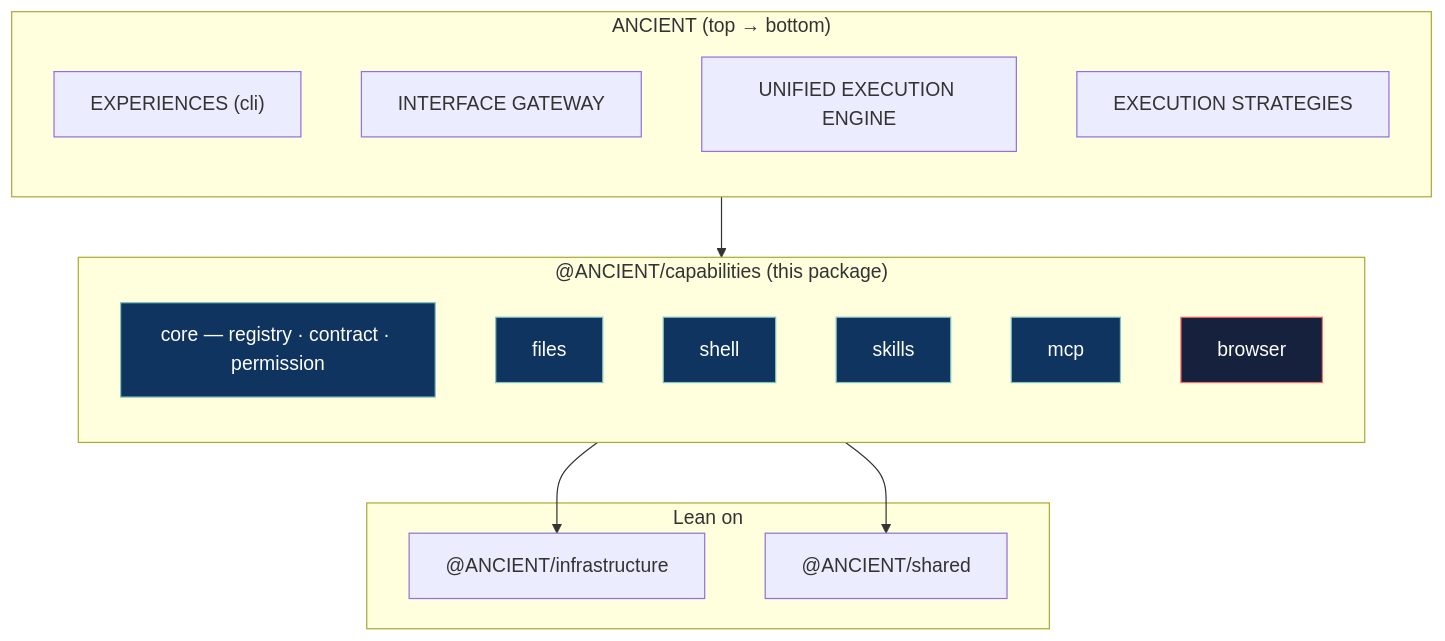
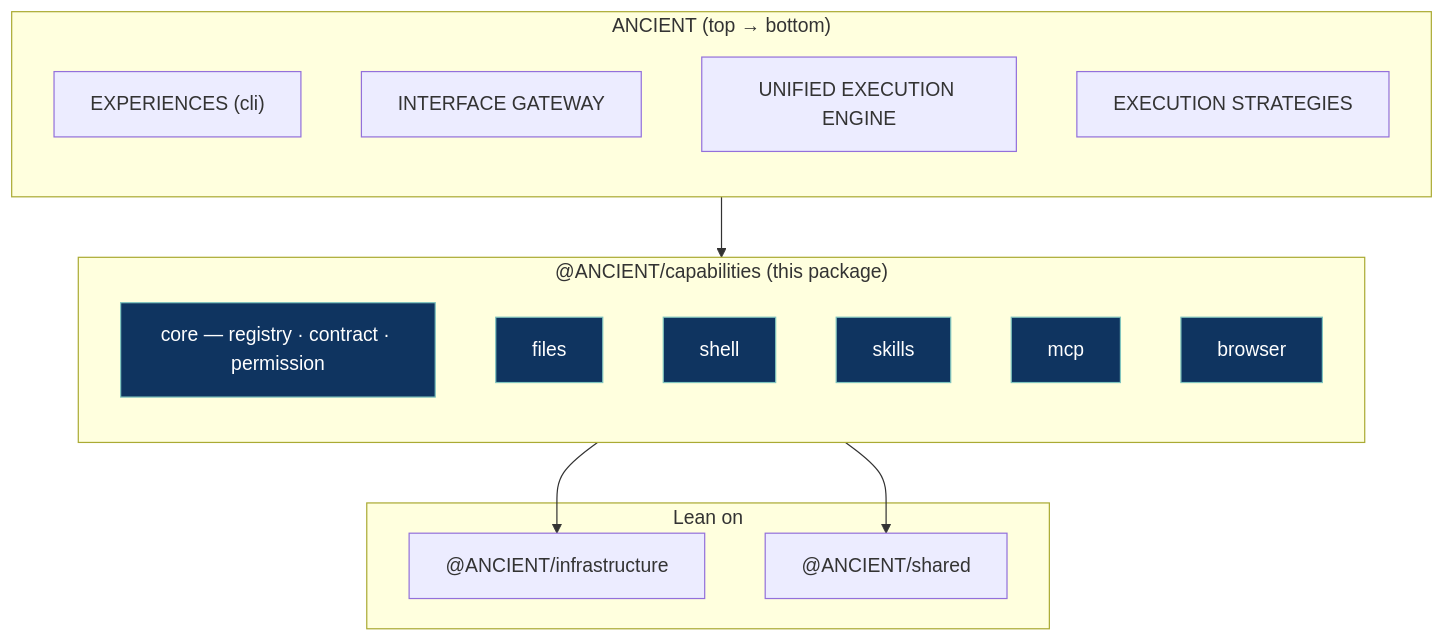
Before and after one commit to D-engahmed/ancient: the first of 2 diagrams in packages/capabilities/README.md, drawn with Mermaid. The commit also changed other lines of this file and 1 other file, not shown here.

First line of the commit message:
docs(capabilities): finalize layer 06 (browser done, all six subs wired)

````diff
--- a/packages/capabilities/README.md
+++ b/packages/capabilities/README.md
@@ -7,36 +8,36 @@
 ```mermaid
 flowchart TB
     subgraph LAYERS["ANCIENT (top → bottom)"]
         direction TB
         EXP["EXPERIENCES (cli)"]
         GW["INTERFACE GATEWAY"]
         ENG["UNIFIED EXECUTION ENGINE"]
         STRAT["EXECUTION STRATEGIES"]
     end
 
     subgraph CAP["@ANCIENT/capabilities (this package)"]
         direction TB
         CORE["core — registry · contract · permission"]
         FILES["files"]
         SHELL["shell"]
         SKILLS["skills"]
         MCP["mcp"]
         BROWSER["browser"]
     end
 
     subgraph LOWER["Lean on"]
         INFRA["@ANCIENT/infrastructure"]
         SHARED["@ANCIENT/shared"]
     end
 
     LAYERS --> CAP
     CAP --> INFRA
     CAP --> SHARED
 
     style CORE fill:#0f3460,stroke:#7FC4BE,color:#fff
     style FILES fill:#0f3460,stroke:#7FC4BE,color:#fff
     style SHELL fill:#0f3460,stroke:#7FC4BE,color:#fff
     style SKILLS fill:#0f3460,stroke:#7FC4BE,color:#fff
     style MCP fill:#0f3460,stroke:#7FC4BE,color:#fff
-    style BROWSER fill:#16213e,stroke:#ff6b6b,color:#fff
+    style BROWSER fill:#0f3460,stroke:#7FC4BE,color:#fff
 ```
````
